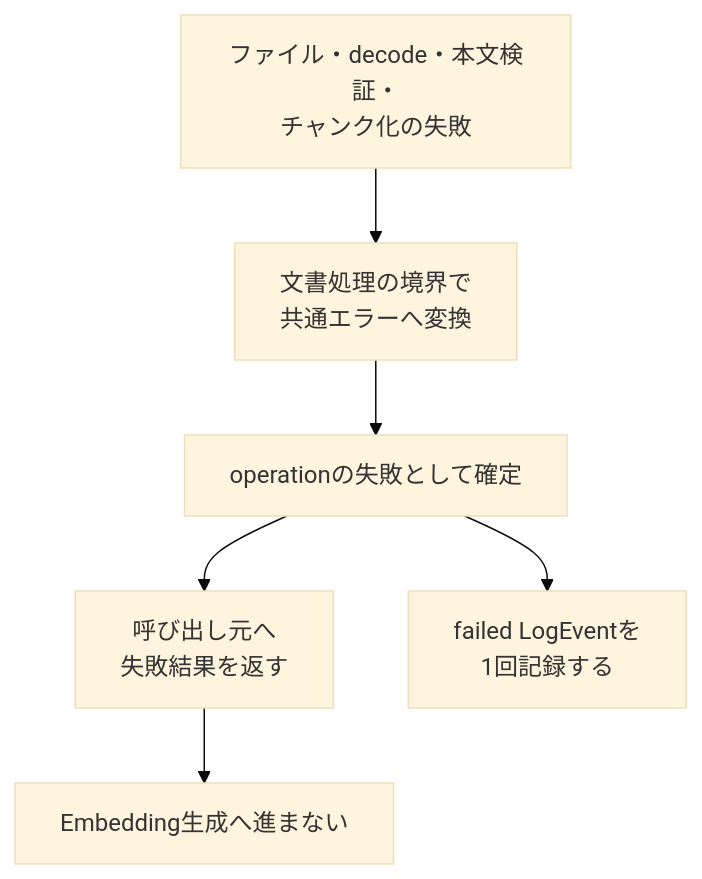
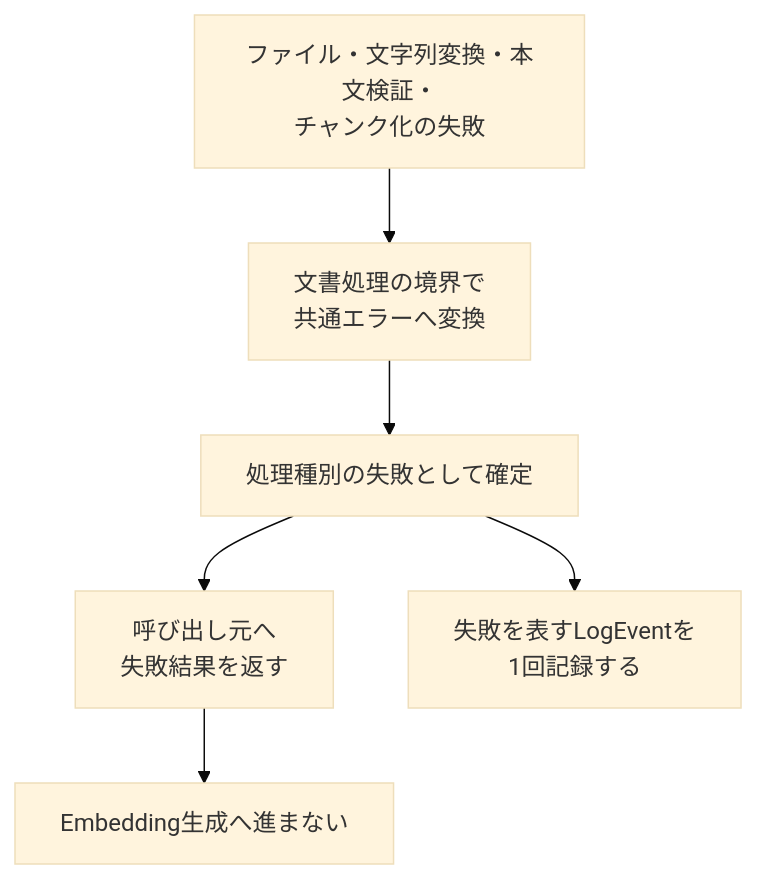
Before and after one commit to takashit16833/RAGScope: the second of 2 diagrams in project-docs/design/文書処理設計.md, drawn with Mermaid (base theme). The commit also changed other lines of this file and 36 other files, not shown here.

````diff
--- a/project-docs/design/文書処理設計.md
+++ b/project-docs/design/文書処理設計.md
@@ -234,13 +226,13 @@
 ```mermaid
 flowchart TD
-    Failure["ファイル・decode・本文検証・<br>チャンク化の失敗"]
+    Failure["ファイル・文字列変換・本文検証・<br>チャンク化の失敗"]
     Convert["文書処理の境界で<br>共通エラーへ変換"]
-    Result["operationの失敗として確定"]
+    Result["処理種別の失敗として確定"]
     Caller["呼び出し元へ<br>失敗結果を返す"]
-    Log["failed LogEventを<br>1回記録する"]
+    Log["失敗を表すLogEventを<br>1回記録する"]
     Stop["Embedding生成へ進まない"]
 
     Failure --> Convert --> Result
     Result --> Caller --> Stop
     Result --> Log
 ```
````
